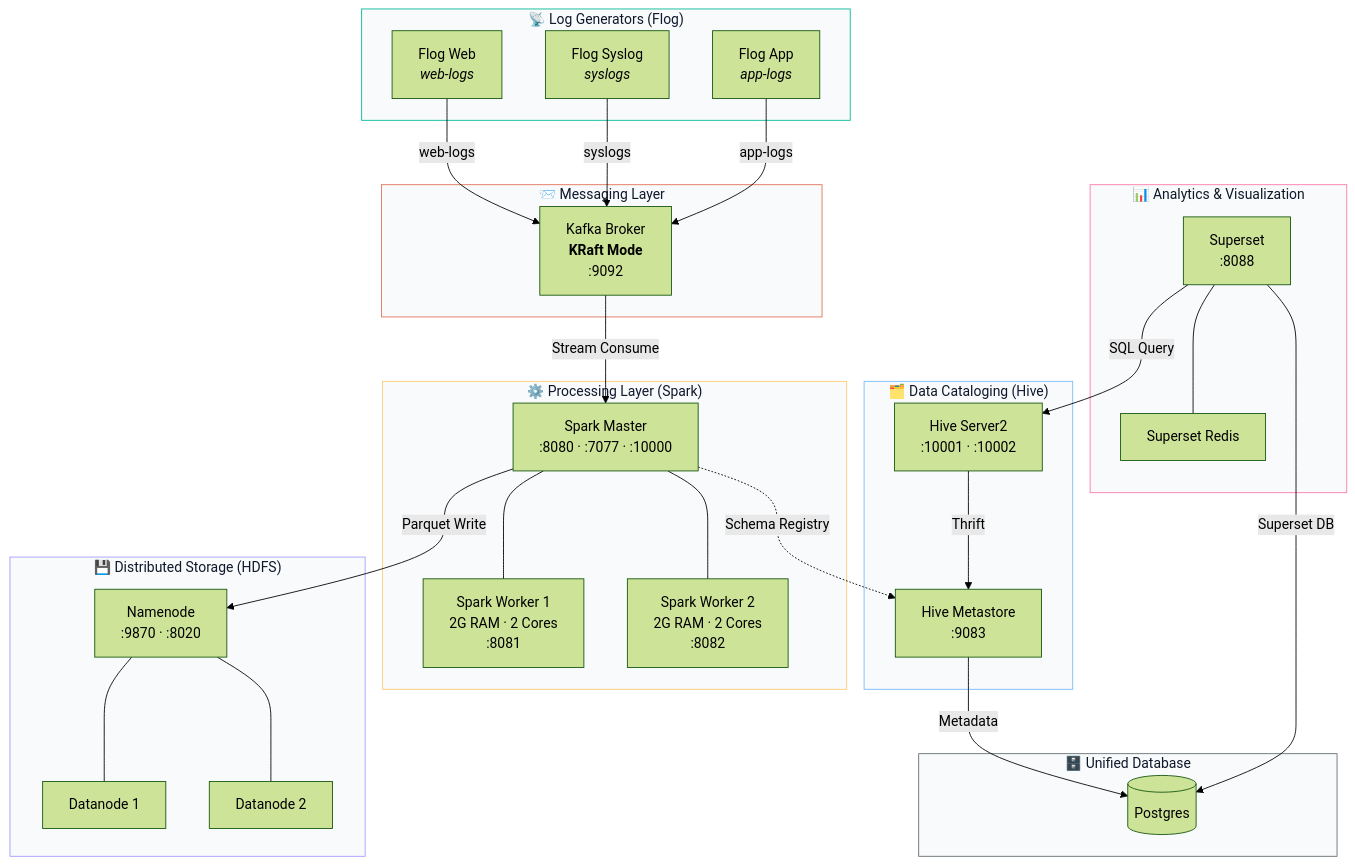
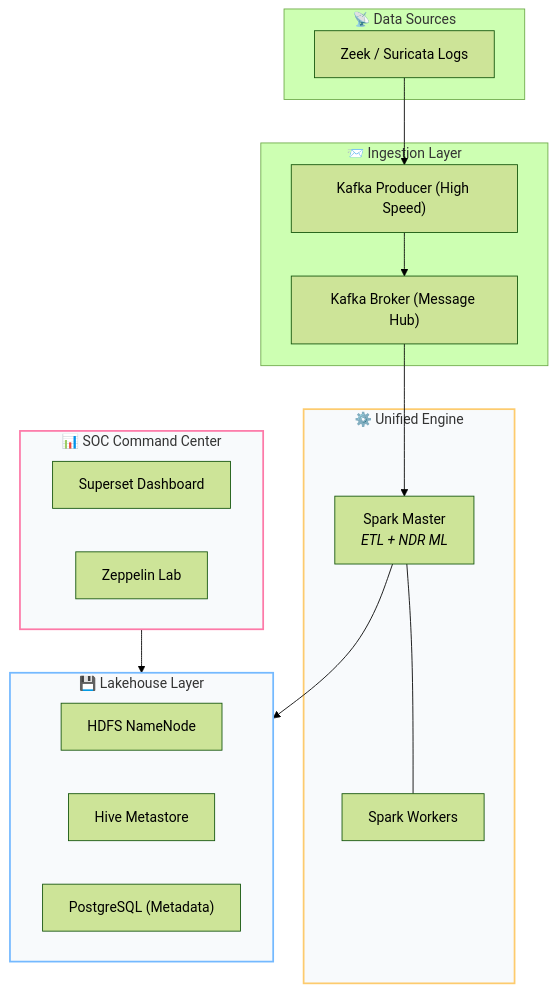
The diagram in README.md (yusufarbc/Apache-BigData-SIEM), drawn with Mermaid (forest theme) before and after one commit. The commit also changed other lines of this file and 36 other files, not shown here.

Commit message:
feat: implement full SIEM pipeline with Kafka ingestion, Spark streaming analytics, and automated Superset dashboard provisioning.

````diff
--- a/README.md
+++ b/README.md
@@ -22,62 +32,36 @@
 ```mermaid
 graph TD
-    subgraph FLOG["📡 Log Generators (Flog)"]
-        FW["Flog Web<br/><i>web-logs</i>"]
-        FS["Flog Syslog<br/><i>syslogs</i>"]
-        FA["Flog App<br/><i>app-logs</i>"]
+    subgraph SOURCES["📡 Data Sources"]
+        ZP["Zeek / Suricata Logs"]
     end
 
-    subgraph KAFKA["📨 Messaging Layer"]
-        KB["Kafka Broker<br/><b>KRaft Mode</b><br/>:9092"]
+    subgraph KAFKA["📨 Ingestion Layer"]
+        KP["Kafka Producer (High Speed)"]
+        KB["Kafka Broker (Message Hub)"]
     end
 
-    subgraph SPARK["⚙️ Processing Layer (Spark)"]
-        SM["Spark Master<br/>:8080 · :7077 · :10000"]
-        SW1["Spark Worker 1<br/>2G RAM · 2 Cores<br/>:8081"]
-        SW2["Spark Worker 2<br/>2G RAM · 2 Cores<br/>:8082"]
+    subgraph SPARK["⚙️ Unified Engine"]
+        SM["Spark Master<br/><i>ETL + NDR ML</i>"]
+        SW["Spark Workers"]
     end
 
-    subgraph HIVE["🗂️ Data Cataloging (Hive)"]
-        HM["Hive Metastore<br/>:9083"]
-        HS2["Hive Server2<br/>:10001 · :10002"]
+    subgraph LAKE["💾 Lakehouse Layer"]
+        NN["HDFS NameNode"]
+        HM["Hive Metastore"]
+        PG["PostgreSQL (Metadata)"]
     end
 
-    subgraph HDFS["💾 Distributed Storage (HDFS)"]
-        NN["Namenode<br/>:9870 · :8020"]
-        DN1["Datanode 1"]
-        DN2["Datanode 2"]
+    subgraph VIZ["📊 SOC Command Center"]
+        SUP["Superset Dashboard"]
+        ZEP["Zeppelin Lab"]
     end
 
-    subgraph DB["🗄️ Unified Database"]
-        PG[("Postgres")]
-    end
-
-    subgraph VIZ["📊 Analytics & Visualization"]
-        SRED["Superset Redis"]
-        SUP["Superset<br/>:8088"]
-    end
-
-    FW -->|"web-logs"| KB
-    FS -->|"syslogs"| KB
-    FA -->|"app-logs"| KB
-    KB -->|"Stream Consume"| SM
-    SM --- SW1
-    SM --- SW2
-    SM -->|"Parquet Write"| NN
-    NN --- DN1
-    NN --- DN2
-    HM -->|"Metadata"| PG
-    HS2 -->|"Thrift"| HM
-    SM -.->|"Schema Registry"| HM
-    SUP -->|"Superset DB"| PG
-    SUP -->|"SQL Query"| HS2
-    SUP --- SRED
-
-    style FLOG fill:#f8fafc,stroke:#00b894,color:#0f172a
-    style KAFKA fill:#f8fafc,stroke:#e17055,color:#0f172a
-    style SPARK fill:#f8fafc,stroke:#fdcb6e,color:#0f172a
-    style HIVE fill:#f8fafc,stroke:#74b9ff,color:#0f172a
-    style HDFS fill:#f8fafc,stroke:#a29bfe,color:#0f172a
-    style DB fill:#f8fafc,stroke:#636e72,color:#0f172a
-    style VIZ fill:#f8fafc,stroke:#fd79a8,color:#0f172a
+    ZP --> KP --> KB --> SM
+    SM --- SW
+    SM --> LAKE
+    VIZ --> LAKE
+    
+    style SPARK fill:#f8fafc,stroke:#fdcb6e,stroke-width:2px
+    style LAKE fill:#f8fafc,stroke:#74b9ff,stroke-width:2px
+    style VIZ fill:#f8fafc,stroke:#fd79a8,stroke-width:2px
 ```
````
